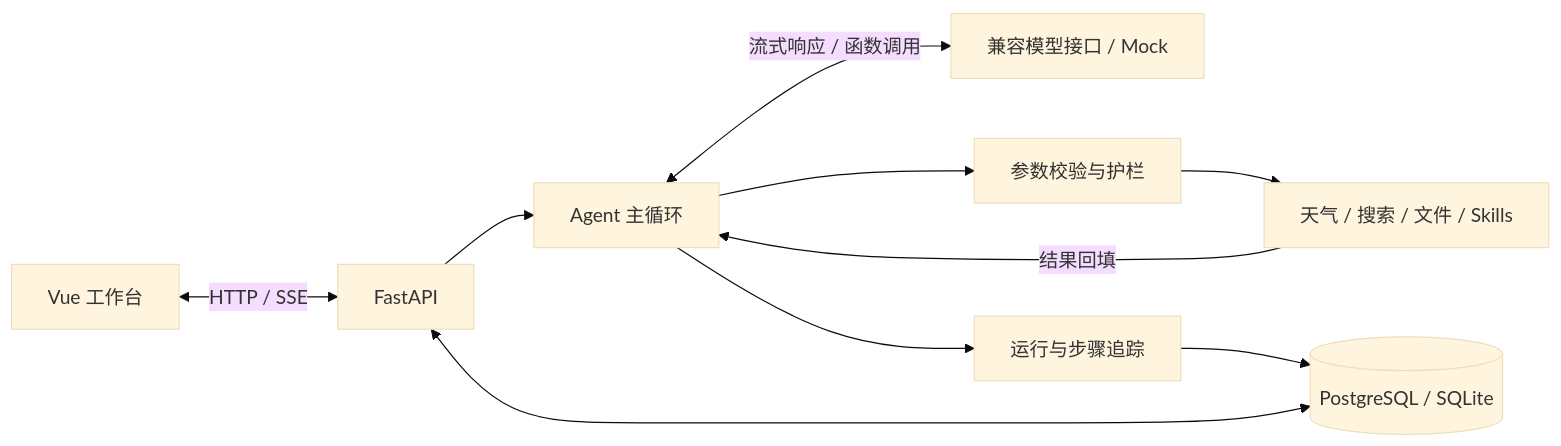
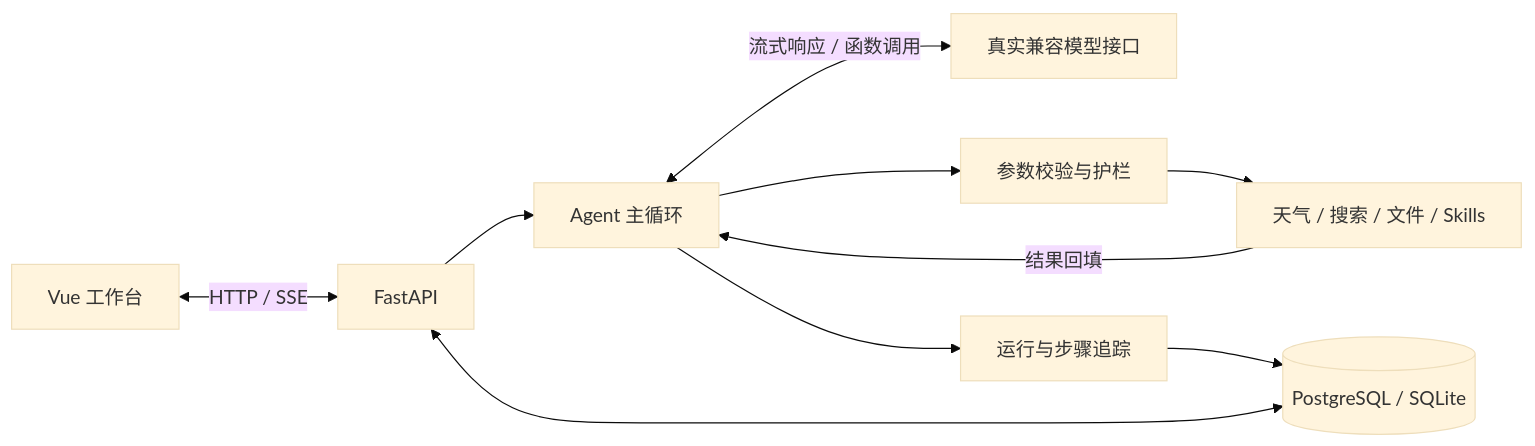
Before and after one commit to sunshine-lang/Valet: the diagram in README.md, drawn with Mermaid (base theme). The commit also changed other lines of this file and 31 other files, not shown here.

````diff
--- a/README.md
+++ b/README.md
@@ -149,12 +125,12 @@
 ```mermaid
 flowchart LR
     UI[Vue 工作台] <-->|HTTP / SSE| API[FastAPI]
     API --> LOOP[Agent 主循环]
-    LOOP <-->|流式响应 / 函数调用| LLM[兼容模型接口 / Mock]
+    LOOP <-->|流式响应 / 函数调用| LLM[真实兼容模型接口]
     LOOP --> GUARD[参数校验与护栏]
     GUARD --> TOOLS[天气 / 搜索 / 文件 / Skills]
     TOOLS -->|结果回填| LOOP
     LOOP --> TRACE[运行与步骤追踪]
     TRACE --> DB[(PostgreSQL / SQLite)]
     API <--> DB
 ```
````
